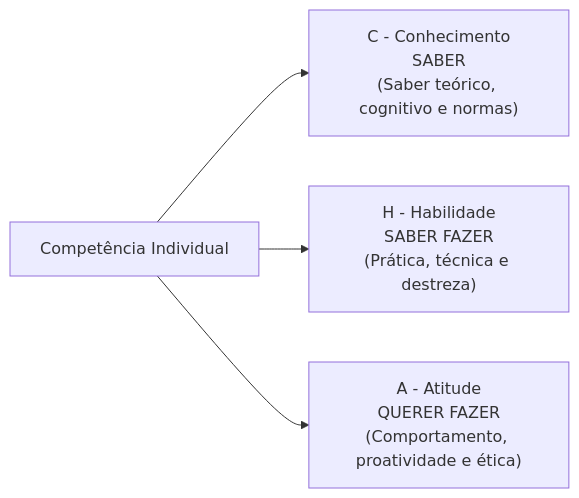
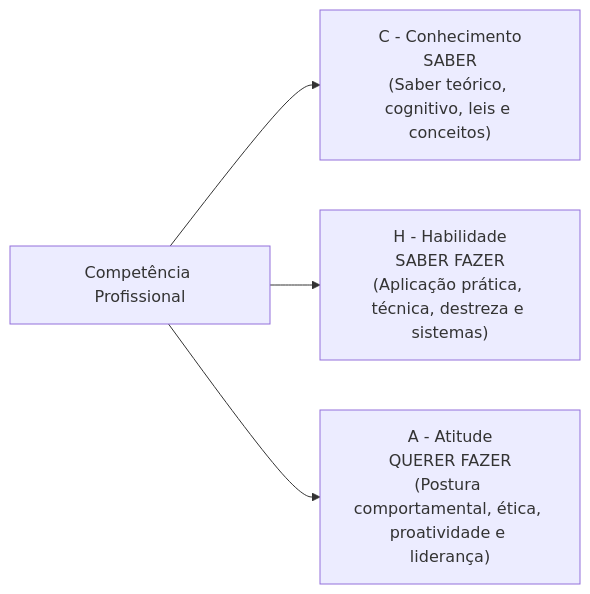
One commit to thiagosantos346/TCE-GO-2027 changed the fourth of 6 diagrams in fontes_de_estudo/conhecimentos_especificos_a01_tecnico_administrativo/21_nocoes_de_administracao_publica/04_planejamento_estrategico_indicadores_e_gestao_por_competencias.md. Above: the diagram before and after it, drawn with Mermaid. The commit also changed other lines of this file and 119 other files, not shown here.

````diff
--- a/fontes_de_estudo/conhecimentos_especificos_a01_tecnico_administrativo/21_nocoes_de_administracao_publica/04_planejamento_estrategico_indicadores_e_gestao_por_competencias.md
+++ b/fontes_de_estudo/conhecimentos_especificos_a01_tecnico_administrativo/21_nocoes_de_administracao_publica/04_planejamento_estrategico_indicadores_e_gestao_por_competencias.md
@@ -156,8 +204,8 @@
 ```mermaid
 flowchart LR
-    CHA["Competência Individual"]
+    CHA["Competência Profissional"]
     
-    CHA --> C["C - Conhecimento<br/>SABER<br/>(Saber teórico, cognitivo e normas)"]
-    CHA --> H["H - Habilidade<br/>SABER FAZER<br/>(Prática, técnica e destreza)"]
-    CHA --> A["A - Atitude<br/>QUERER FAZER<br/>(Comportamento, proatividade e ética)"]
+    CHA --> C["C - Conhecimento<br/>SABER<br/>(Saber teórico, cognitivo, leis e conceitos)"]
+    CHA --> H["H - Habilidade<br/>SABER FAZER<br/>(Aplicação prática, técnica, destreza e sistemas)"]
+    CHA --> A["A - Atitude<br/>QUERER FAZER<br/>(Postura comportamental, ética, proatividade e liderança)"]
 ```
````
